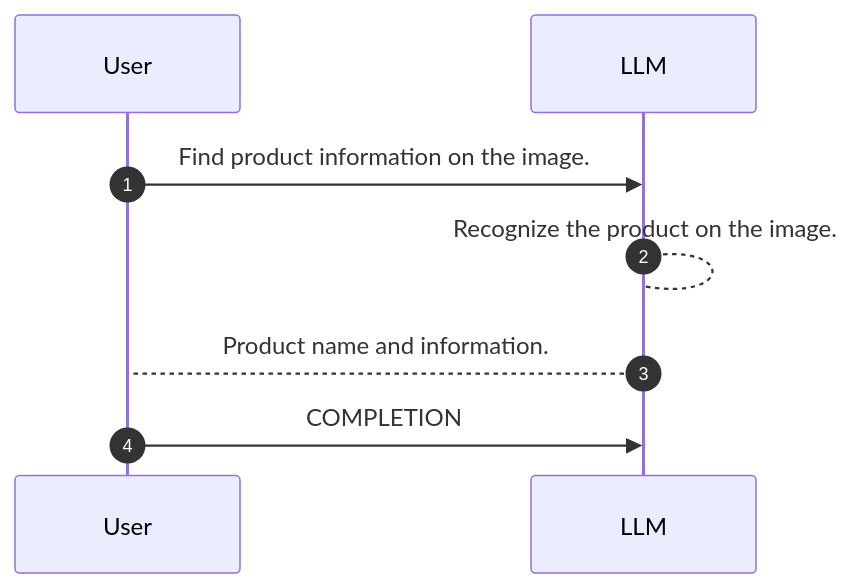
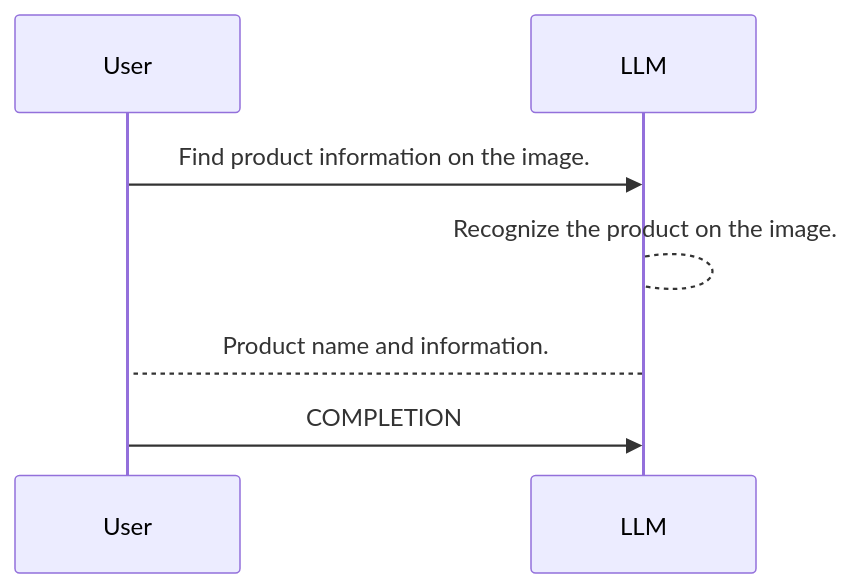
One commit to yueguoguo/yueguoguo.github.io changed the first of 4 diagrams in _posts/2024-11-31-service-as-a-software.md. Above: the diagram before and after it, drawn with Mermaid.

Commit message:
remove autonumber

```diff
--- a/_posts/2024-11-31-service-as-a-software.md
+++ b/_posts/2024-11-31-service-as-a-software.md
@@ -121,8 +121,7 @@
 <div class="mermaid">
 sequenceDiagram
-    autonumber
     User->>LLM: Find product information on the image.
     LLM-->LLM: Recognize the product on the image. 
     LLM-->User: Product name and information.
     User->>LLM: COMPLETION
 </div>
```
